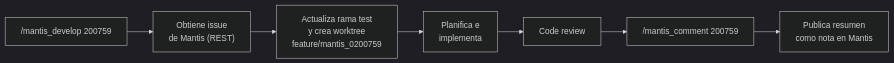
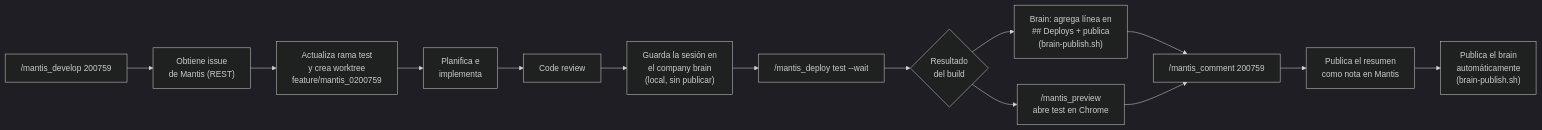
The second of 2 diagrams in Readme.md (manuonda/most-agent), drawn with Mermaid (dark theme) before and after one commit. The commit also changed other lines of this file and 5 other files, not shown here.

````diff
--- a/Readme.md
+++ b/Readme.md
@@ -43,9 +43,16 @@
 ```mermaid
 flowchart LR
     A["/mantis_develop 200759"] --> B["Obtiene issue<br/>de Mantis (REST)"]
     B --> C["Actualiza rama test<br/>y crea worktree<br/>feature/mantis_0200759"]
     C --> D["Planifica e<br/>implementa"]
     D --> E["Code review"]
-    E --> F["/mantis_comment 200759"]
-    F --> G["Publica resumen<br/>como nota en Mantis"]
+    E --> F["Guarda la sesión en<br/>el company brain<br/>(local, sin publicar)"]
+    F --> G["/mantis_deploy test --wait"]
+    G --> H{"Resultado<br/>del build"}
+    H --> I["Brain: agrega línea en<br/>## Deploys + publica<br/>(brain-publish.sh)"]
+    H --> J["/mantis_preview<br/>abre test en Chrome"]
+    I --> K["/mantis_comment 200759"]
+    J --> K
+    K --> L["Publica el resumen<br/>como nota en Mantis"]
+    L --> M["Publica el brain<br/>automáticamente<br/>(brain-publish.sh)"]
 ```
````
